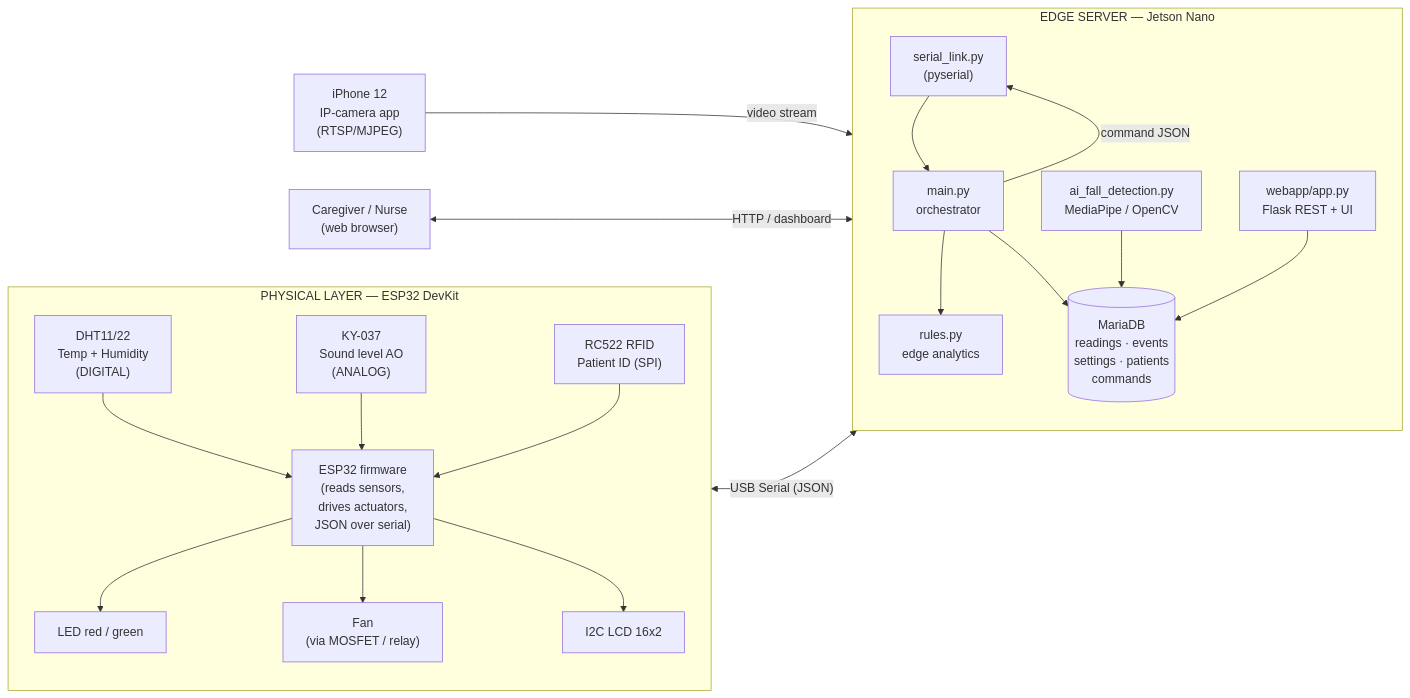
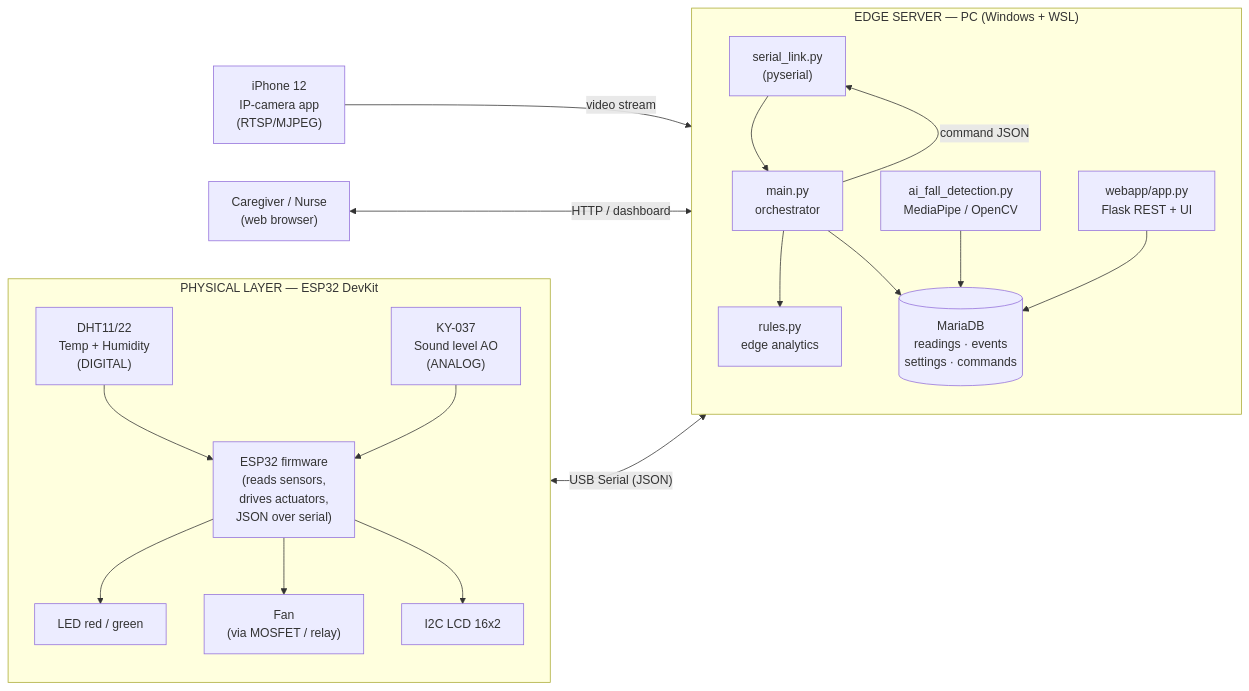
The first of 7 diagrams in docs/diagrams.md (Protein-17012006/IOT-HealthStation), drawn with Mermaid before and after one commit. The commit also changed other lines of this file and 14 other files, not shown here.

First line of the commit message:
Remove dropped RC522/RFID feature; rename edge device Jetson Nano -> PC (Windows+WSL)

````diff
--- a/docs/diagrams.md
+++ b/docs/diagrams.md
@@ -19,42 +19,40 @@
 ```mermaid
 flowchart LR
   subgraph PHYS["PHYSICAL LAYER — ESP32 DevKit"]
     direction TB
     DHT["DHT11/22<br/>Temp + Humidity<br/>(DIGITAL)"]
     KY["KY-037<br/>Sound level AO<br/>(ANALOG)"]
-    RFID["RC522 RFID<br/>Patient ID (SPI)"]
     ESP["ESP32 firmware<br/>(reads sensors,<br/>drives actuators,<br/>JSON over serial)"]
     LED["LED red / green"]
     FAN["Fan<br/>(via MOSFET / relay)"]
     LCD["I2C LCD 16x2"]
     DHT --> ESP
     KY --> ESP
-    RFID --> ESP
     ESP --> LED
     ESP --> FAN
     ESP --> LCD
   end
 
-  subgraph EDGE["EDGE SERVER — Jetson Nano"]
+  subgraph EDGE["EDGE SERVER — PC (Windows + WSL)"]
     direction TB
     SER["serial_link.py<br/>(pyserial)"]
     MAIN["main.py<br/>orchestrator"]
     RULES["rules.py<br/>edge analytics"]
     AI["ai_fall_detection.py<br/>MediaPipe / OpenCV"]
     WEB["webapp/app.py<br/>Flask REST + UI"]
-    DB[("MariaDB<br/>readings · events<br/>settings · patients<br/>commands")]
+    DB[("MariaDB<br/>readings · events<br/>settings · commands")]
     SER --> MAIN
     MAIN --> RULES
     MAIN --> DB
     AI --> DB
     WEB --> DB
   end
 
   PHONE["iPhone 12<br/>IP-camera app<br/>(RTSP/MJPEG)"]
   USER["Caregiver / Nurse<br/>(web browser)"]
 
   ESP <-->|"USB Serial (JSON)"| SER
   MAIN -->|"command JSON"| SER
   PHONE -->|"video stream"| AI
   USER <-->|"HTTP / dashboard"| WEB
 ```
````
